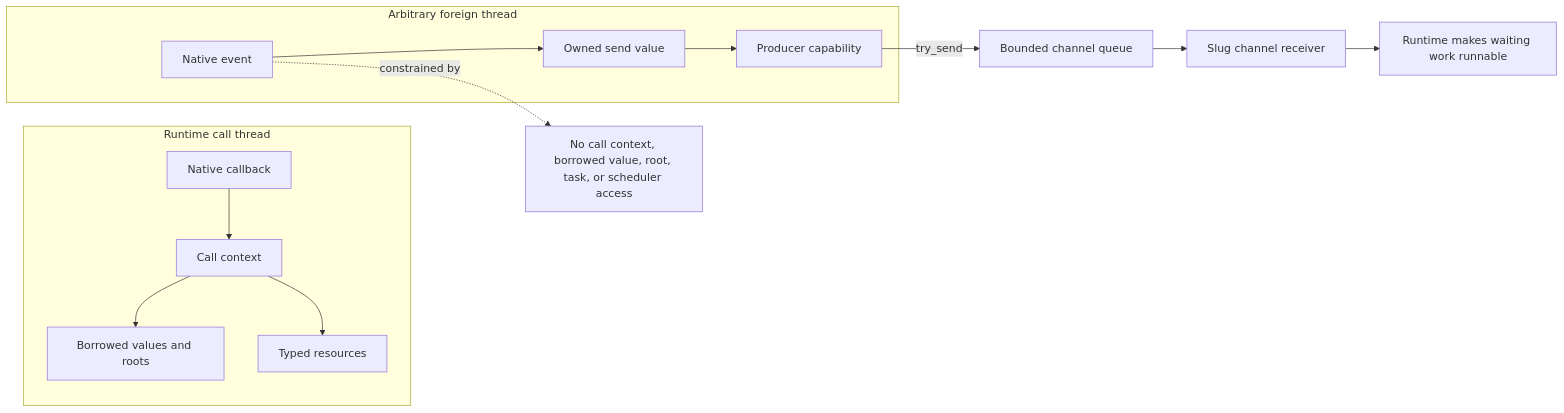
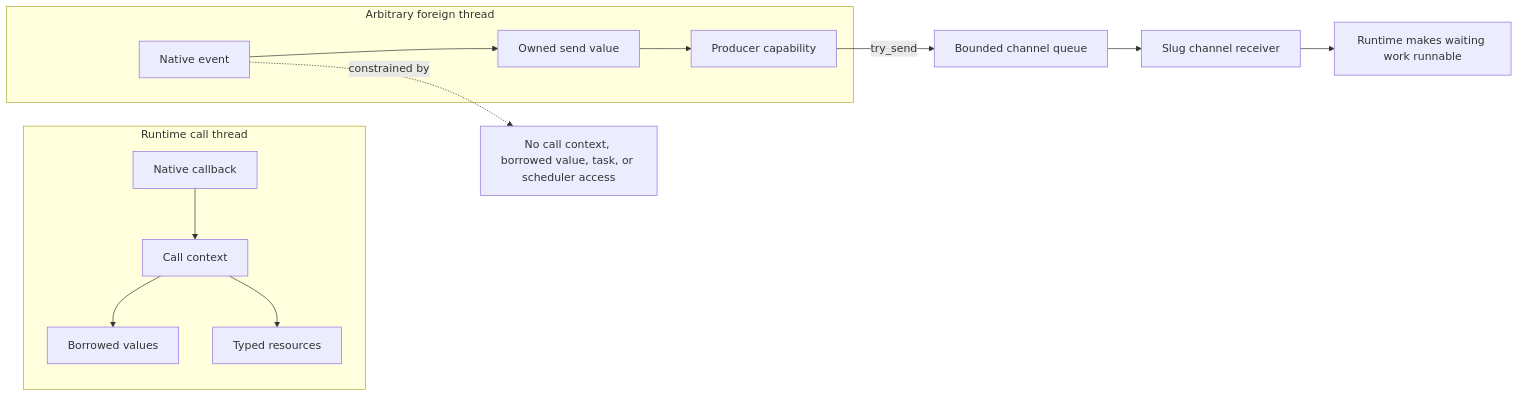
Before and after one commit to babyman/slug-rs: the second of 4 diagrams in docs/native-abi.md, drawn with Mermaid. The commit also changed other lines of this file and 4 other files, not shown here.

````diff
--- a/docs/native-abi.md
+++ b/docs/native-abi.md
@@ -226,29 +243,29 @@
 ```mermaid
 flowchart LR
     subgraph CallThread[Runtime call thread]
         Callback[Native callback]
         Context[Call context]
-        Values[Borrowed values and roots]
+        Values[Borrowed values]
         Resources[Typed resources]
 
         Callback --> Context
         Context --> Values
         Context --> Resources
     end
 
     subgraph ForeignThread[Arbitrary foreign thread]
         Event[Native event]
         Owned[Owned send value]
         Producer[Producer capability]
 
         Event --> Owned
         Owned --> Producer
     end
 
     Producer -->|try_send| Queue[Bounded channel queue]
     Queue --> Receiver[Slug channel receiver]
     Receiver --> Runtime[Runtime makes waiting work runnable]
 
-    Restriction[No call context, borrowed value, root, task, or scheduler access]
+    Restriction[No call context, borrowed value, task, or scheduler access]
     Event -. constrained by .-> Restriction
 ```
````
